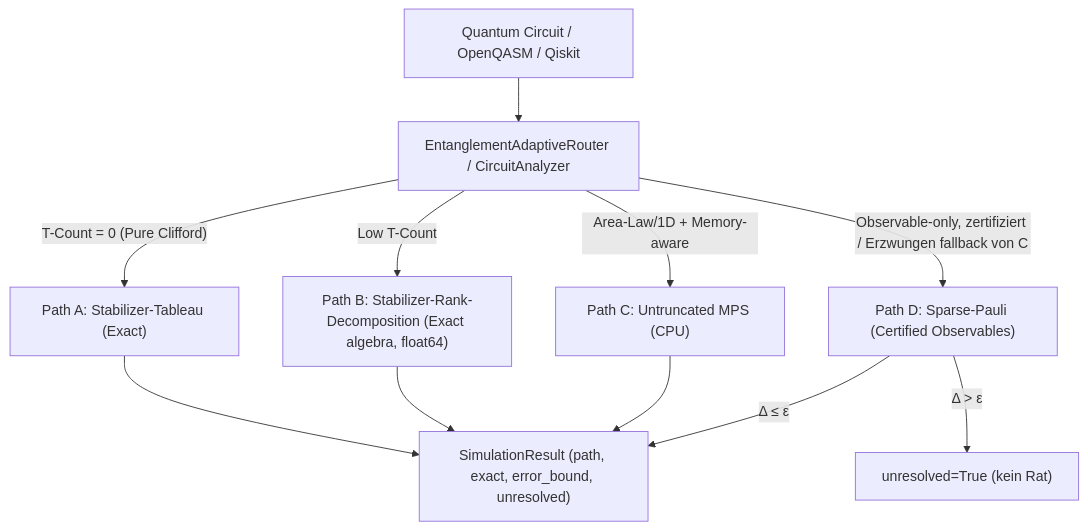
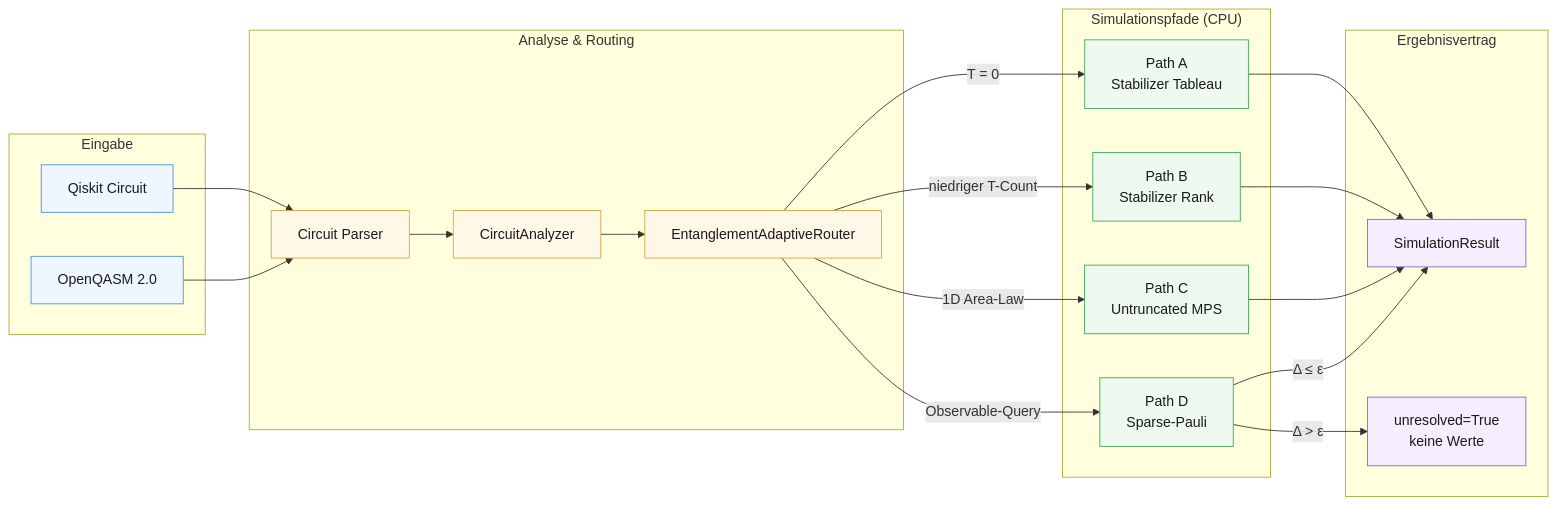
The first of 2 diagrams in README.md (timfromhcs/CQ-HECS), drawn with Mermaid before and after one commit. The commit also changed other lines of this file and 2 other files, not shown here.

First line of the commit message:
docs: polish README with diagrams, quick start, and contribution guide

````diff
--- a/README.md
+++ b/README.md
@@ -49,14 +123,47 @@
 ```mermaid
-flowchart TD
-    A["Quantum Circuit / OpenQASM / Qiskit"] --> B["EntanglementAdaptiveRouter / CircuitAnalyzer"]
-    B -->|"T-Count = 0 (Pure Clifford)"| PathA["Path A: Stabilizer-Tableau (Exact)"]
-    B -->|"Low T-Count"| PathB["Path B: Stabilizer-Rank-Decomposition (Exact algebra, float64)"]
-    B -->|"Area-Law/1D + Memory-aware"| PathC["Path C: Untruncated MPS (CPU)"]
-    B -->|"Observable-only, zertifiziert / Erzwungen fallback von C"| PathD["Path D: Sparse-Pauli (Certified Observables)"]
+flowchart LR
+    subgraph Eingabe["Eingabe"]
+        QC["Qiskit Circuit"]
+        QASM["OpenQASM 2.0"]
+    end
 
-    PathA --> R["SimulationResult (path, exact, error_bound, unresolved)"]
-    PathB --> R
-    PathC --> R
-    PathD -->|"Δ > ε"| U["unresolved=True (kein Rat)"]
-    PathD -->|"Δ ≤ ε"| R
+    subgraph Analyse["Analyse & Routing"]
+        Parser["Circuit Parser"]
+        Analyzer["CircuitAnalyzer"]
+        Router["EntanglementAdaptiveRouter"]
+    end
+
+    subgraph Pfade["Simulationspfade (CPU)"]
+        A["Path A<br/>Stabilizer Tableau"]
+        B["Path B<br/>Stabilizer Rank"]
+        C["Path C<br/>Untruncated MPS"]
+        D["Path D<br/>Sparse-Pauli"]
+    end
+
+    subgraph Ergebnis["Ergebnisvertrag"]
+        R["SimulationResult"]
+        U["unresolved=True<br/>keine Werte"]
+    end
+
+    QC --> Parser
+    QASM --> Parser
+    Parser --> Analyzer --> Router
+    Router -->|"T = 0"| A
+    Router -->|"niedriger T-Count"| B
+    Router -->|"1D Area-Law"| C
+    Router -->|"Observable-Query"| D
+    A --> R
+    B --> R
+    C --> R
+    D -->|"Δ ≤ ε"| R
+    D -->|"Δ > ε"| U
+
+    classDef input fill:#eef6ff,stroke:#4a90d9,color:#1a1a1a
+    classDef route fill:#fff8e6,stroke:#d9a441,color:#1a1a1a
+    classDef path fill:#eefaf0,stroke:#3fa65c,color:#1a1a1a
+    classDef result fill:#f4eefe,stroke:#8a63c9,color:#1a1a1a
+    class QC,QASM input
+    class Parser,Analyzer,Router route
+    class A,B,C,D path
+    class R,U result
 ```
````
